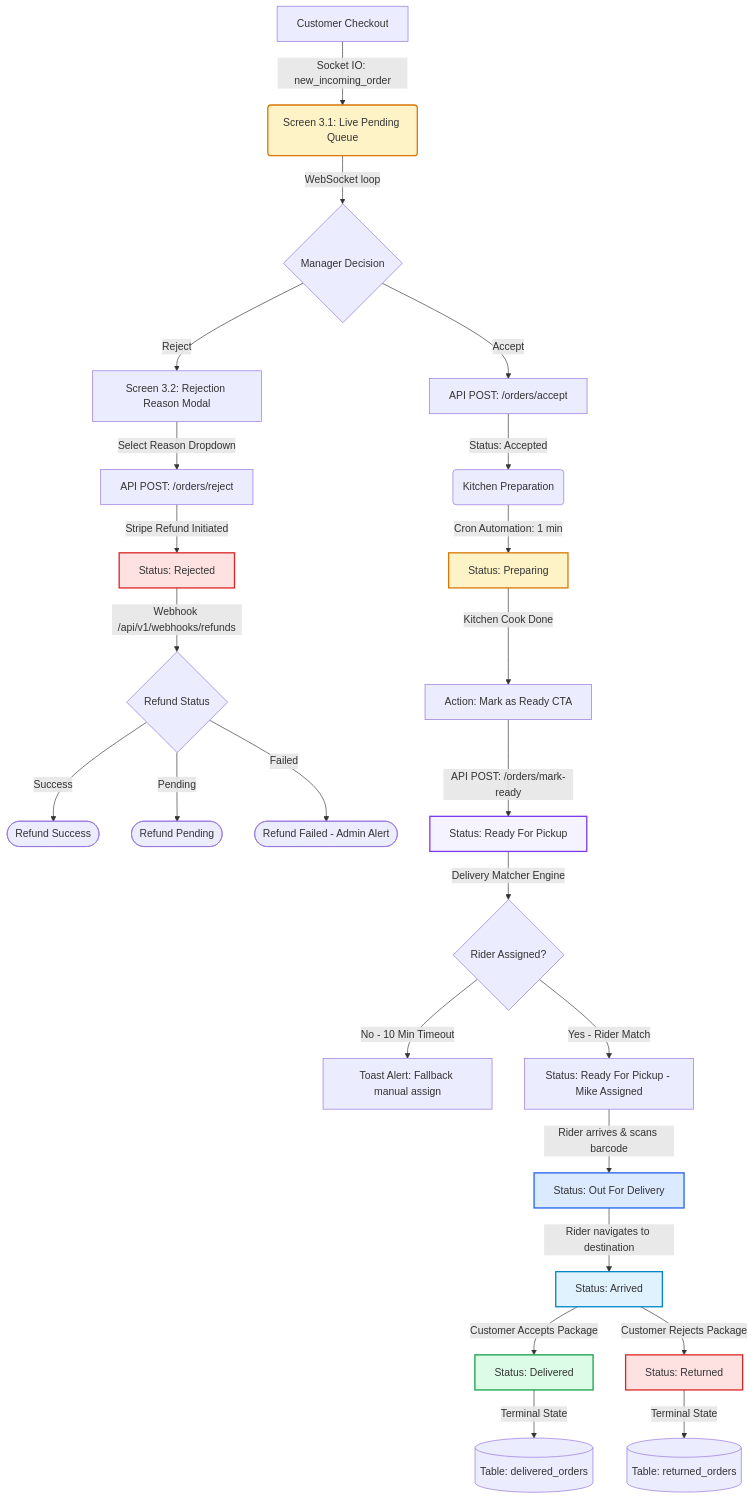
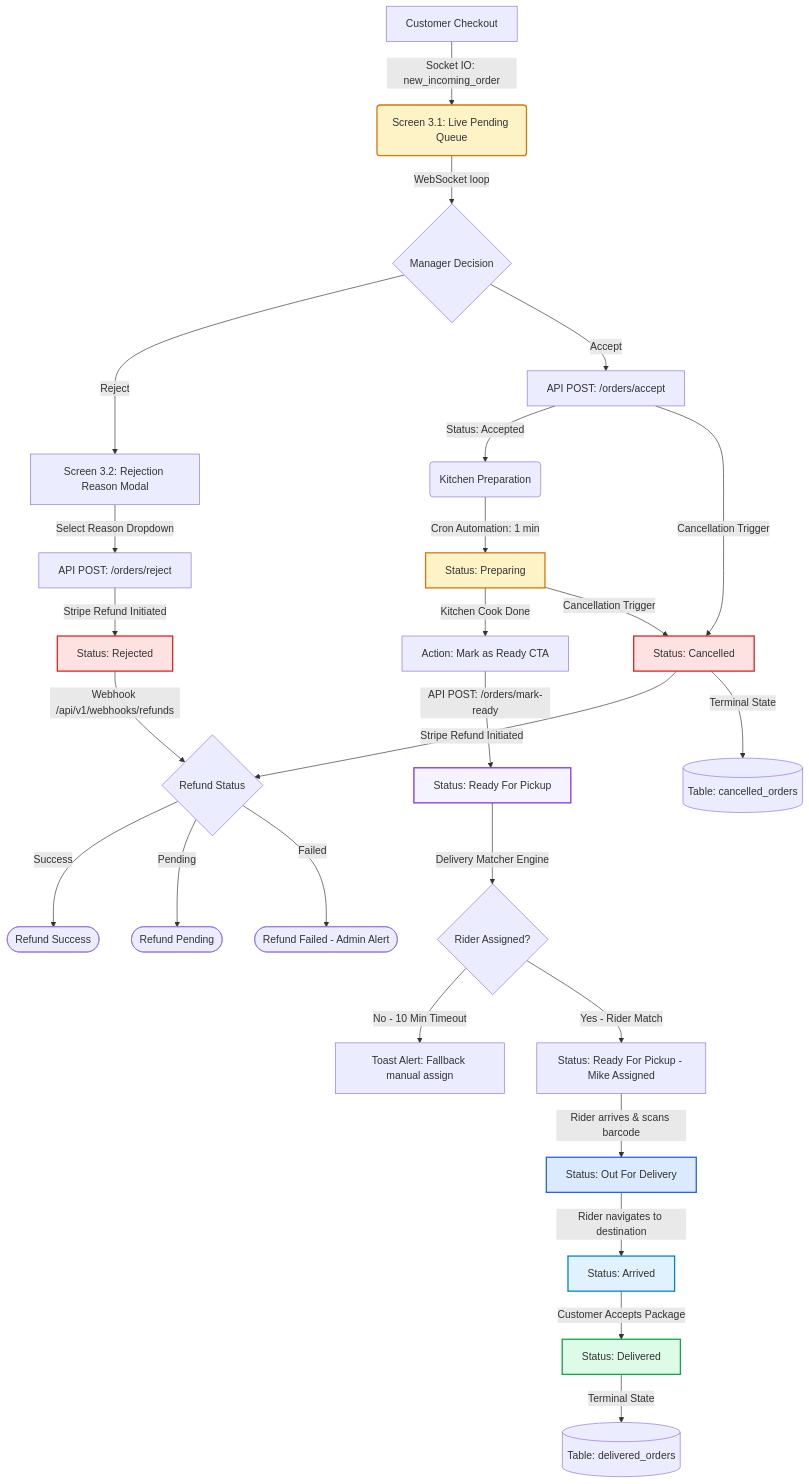
One commit to codentratechnologies/Restaurant-portals changed the diagram in restro2.md. Above: the diagram before and after it, drawn with Mermaid. The commit also changed other lines of this file, not shown here.

````diff
--- a/restro2.md
+++ b/restro2.md
@@ -1176,49 +1177,53 @@
 ```mermaid
 graph TD
     %% Order Creation & Intake
     A[Customer Checkout] -->|Socket IO: new_incoming_order| B(Screen 3.1: Live Pending Queue)
     B -->|WebSocket loop| C{Manager Decision}
     
     %% Rejection Path
     C -->|Reject| D[Screen 3.2: Rejection Reason Modal]
     D -->|Select Reason Dropdown| E[API POST: /orders/reject]
     E -->|Stripe Refund Initiated| F[Status: Rejected]
     F -->|Webhook /api/v1/webhooks/refunds| G{Refund Status}
     G -->|Success| H([Refund Success])
     G -->|Pending| I([Refund Pending])
     G -->|Failed| J([Refund Failed - Admin Alert])
 
     %% Acceptance & Preparation Path
     C -->|Accept| K[API POST: /orders/accept]
     K -->|Status: Accepted| L(Kitchen Preparation)
     L -->|Cron Automation: 1 min| M[Status: Preparing]
     M -->|Kitchen Cook Done| N[Action: Mark as Ready CTA]
     N -->|API POST: /orders/mark-ready| O[Status: Ready For Pickup]
 
+    %% Cancellation Paths (Allowed during Accepted or Preparing)
+    K -->|Cancellation Trigger| Y[Status: Cancelled]
+    M -->|Cancellation Trigger| Y[Status: Cancelled]
+    Y -->|Stripe Refund Initiated| G{Refund Status}
+    
     %% Delivery Dispatch Matching
     O -->|Delivery Matcher Engine| P{Rider Assigned?}
     P -->|No - 10 Min Timeout| Q[Toast Alert: Fallback manual assign]
     P -->|Yes - Rider Match| R[Status: Ready For Pickup - Mike Assigned]
     
     %% Handover & Transit
     R -->|Rider arrives & scans barcode| S[Status: Out For Delivery]
     S -->|Rider navigates to destination| T[Status: Arrived]
     
     %% Handover Resolution
     T -->|Customer Accepts Package| U[Status: Delivered]
-    T -->|Customer Rejects Package| V[Status: Returned]
     
     %% Auditing Ledger
     U -->|Terminal State| W[(Table: delivered_orders)]
-    V -->|Terminal State| X[(Table: returned_orders)]
+    Y -->|Terminal State| Z[(Table: cancelled_orders)]
     
     %% Style formatting
     style B fill:#FEF3C7,stroke:#D97706,stroke-width:2px
     style F fill:#FEE2E2,stroke:#DC2626,stroke-width:2px
     style M fill:#FEF3C7,stroke:#D97706,stroke-width:2px
     style O fill:#F5F3FF,stroke:#7C3AED,stroke-width:2px
     style S fill:#DBEAFE,stroke:#2563EB,stroke-width:2px
     style T fill:#E0F2FE,stroke:#0284C7,stroke-width:2px
     style U fill:#DCFCE7,stroke:#16A34A,stroke-width:2px
-    style V fill:#FEE2E2,stroke:#DC2626,stroke-width:2px
+    style Y fill:#FEE2E2,stroke:#DC2626,stroke-width:2px
 ```
````
